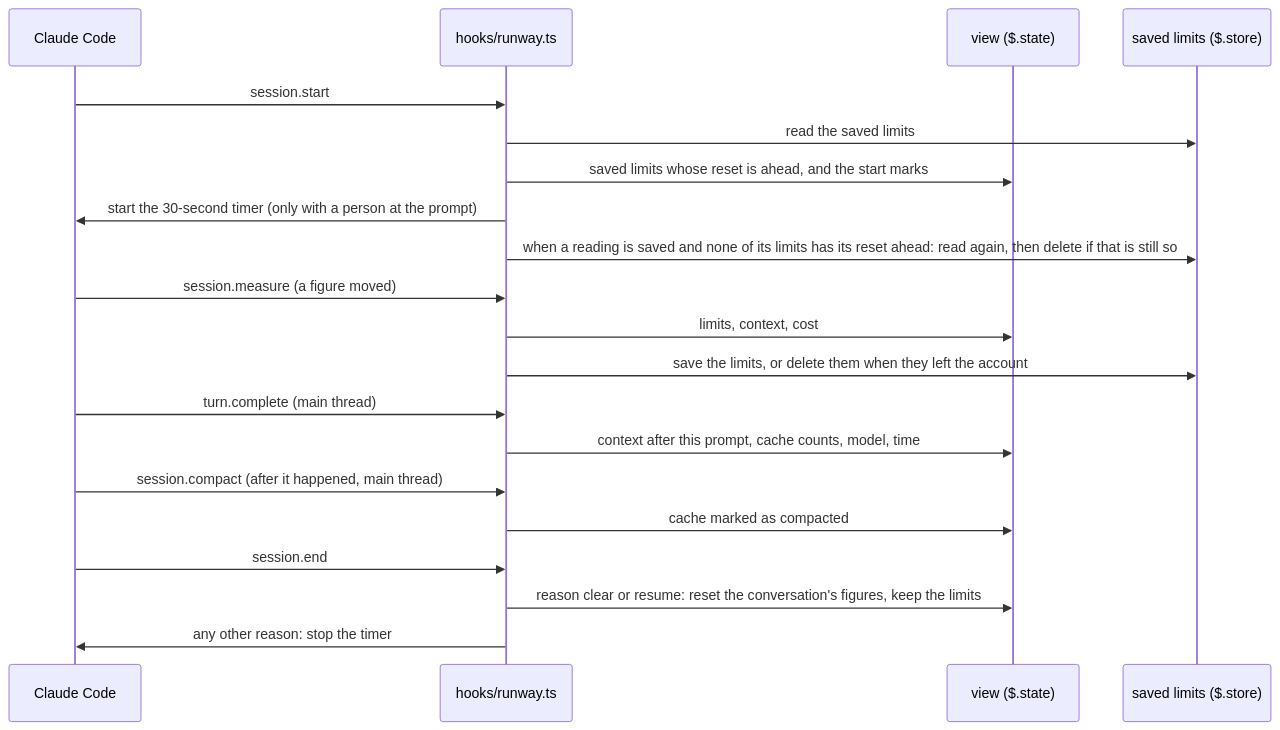
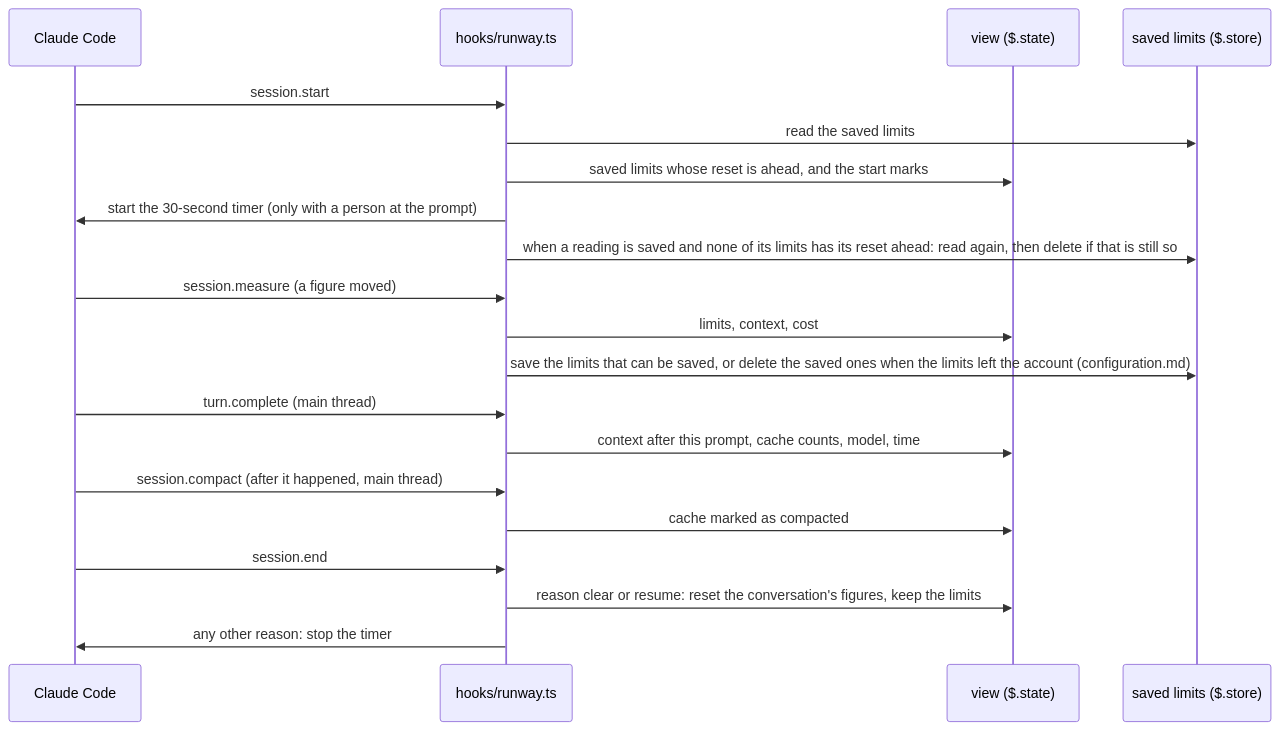
Before and after one commit to tmathura/claude-runway: the second of 3 diagrams in docs/architecture.md, drawn with Mermaid. The commit also changed 12 other files, not shown here.

First line of the commit message:
[#10] Save only the limits that have a reset time (#12)

````diff
--- a/docs/architecture.md
+++ b/docs/architecture.md
@@ -54,22 +54,22 @@
 ```mermaid
 sequenceDiagram
   participant CC as Claude Code
   participant H as hooks/runway.ts
   participant V as view ($.state)
   participant S as saved limits ($.store)
   CC->>H: session.start
   H->>S: read the saved limits
   H->>V: saved limits whose reset is ahead, and the start marks
   H->>CC: start the 30-second timer (only with a person at the prompt)
   H->>S: when a reading is saved and none of its limits has its reset ahead: read again, then delete if that is still so
   CC->>H: session.measure (a figure moved)
   H->>V: limits, context, cost
-  H->>S: save the limits, or delete them when they left the account
+  H->>S: save the limits that can be saved, or delete the saved ones when the limits left the account (configuration.md)
   CC->>H: turn.complete (main thread)
   H->>V: context after this prompt, cache counts, model, time
   CC->>H: session.compact (after it happened, main thread)
   H->>V: cache marked as compacted
   CC->>H: session.end
   H->>V: reason clear or resume: reset the conversation's figures, keep the limits
   H->>CC: any other reason: stop the timer
 ```
````
